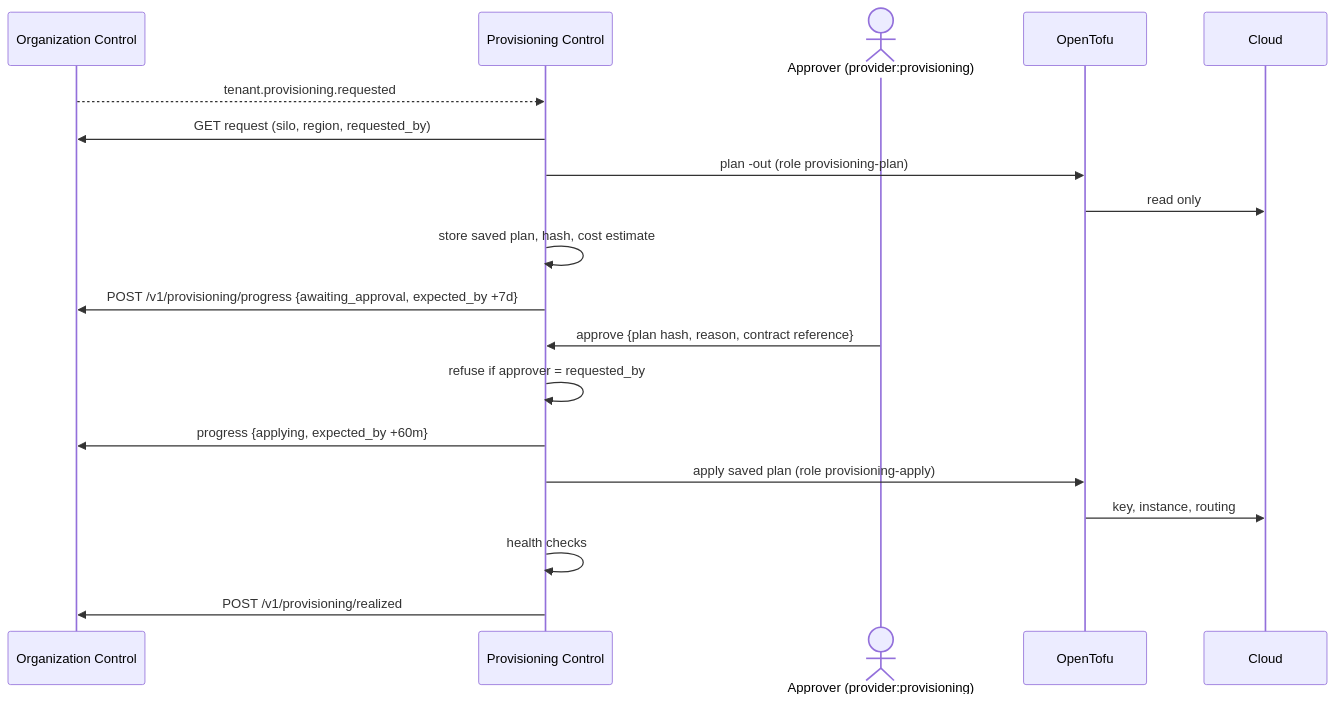
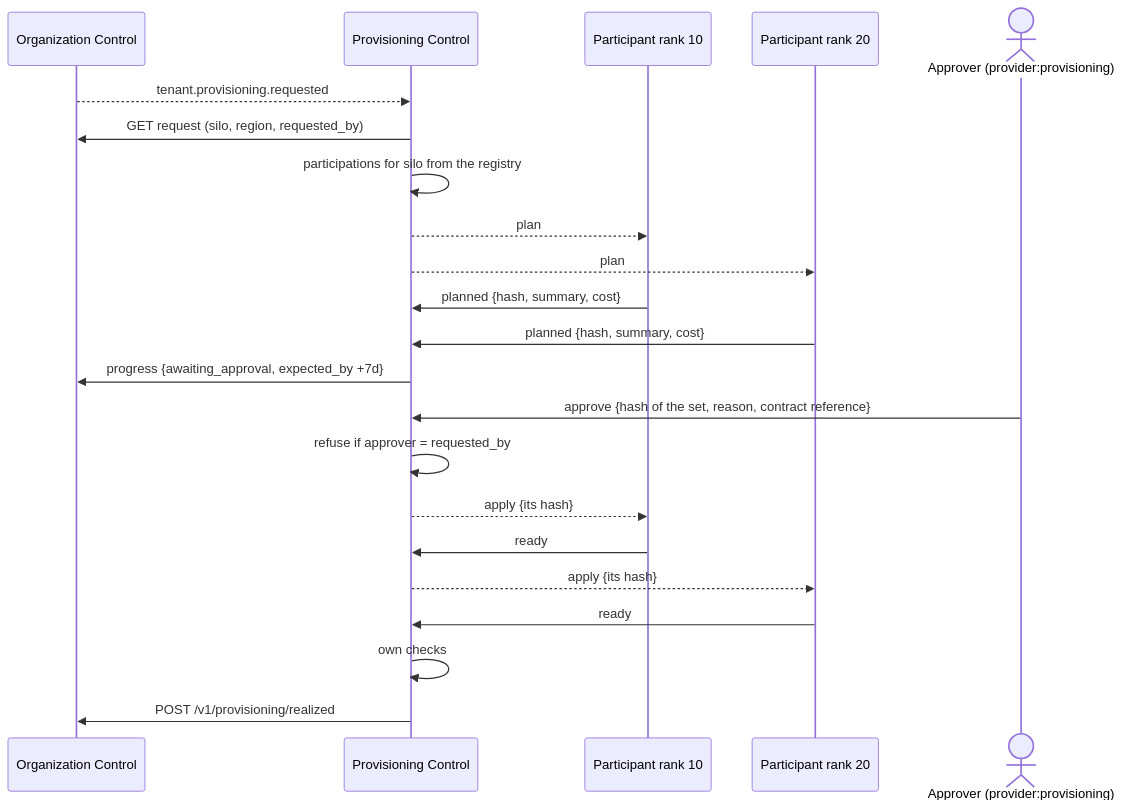
One commit to anshacerbia2/scnehaux-architecture changed the fourth of 5 diagrams in 04-system/scnehaux-provisioning/scnehaux-provisioning-control.sad.md. Above: the diagram before and after it, drawn with Mermaid. The commit also changed other lines of this file and 15 other files, not shown here.

First line of the commit message:
design: cross-platform provisioning contract (ADR-PRV-006); answers 6 to 8

````diff
--- a/04-system/scnehaux-provisioning/scnehaux-provisioning-control.sad.md
+++ b/04-system/scnehaux-provisioning/scnehaux-provisioning-control.sad.md
@@ -215,22 +216,25 @@
 ```mermaid
 sequenceDiagram
     participant OC as Organization Control
     participant PC as Provisioning Control
+    participant P1 as Participant rank 10
+    participant P2 as Participant rank 20
     actor AP as Approver (provider:provisioning)
-    participant T as OpenTofu
-    participant C as Cloud
 
     OC-->>PC: tenant.provisioning.requested
     PC->>OC: GET request (silo, region, requested_by)
-    PC->>T: plan -out (role provisioning-plan)
-    T->>C: read only
-    PC->>PC: store saved plan, hash, cost estimate
-    PC->>OC: POST /v1/provisioning/progress {awaiting_approval, expected_by +7d}
-    AP->>PC: approve {plan hash, reason, contract reference}
+    PC->>PC: participations for silo from the registry
+    PC-->>P1: plan
+    PC-->>P2: plan
+    P1->>PC: planned {hash, summary, cost}
+    P2->>PC: planned {hash, summary, cost}
+    PC->>OC: progress {awaiting_approval, expected_by +7d}
+    AP->>PC: approve {hash of the set, reason, contract reference}
     PC->>PC: refuse if approver = requested_by
-    PC->>OC: progress {applying, expected_by +60m}
-    PC->>T: apply saved plan (role provisioning-apply)
-    T->>C: key, instance, routing
-    PC->>PC: health checks
+    PC-->>P1: apply {its hash}
+    P1->>PC: ready
+    PC-->>P2: apply {its hash}
+    P2->>PC: ready
+    PC->>PC: own checks
     PC->>OC: POST /v1/provisioning/realized
 ```
````
